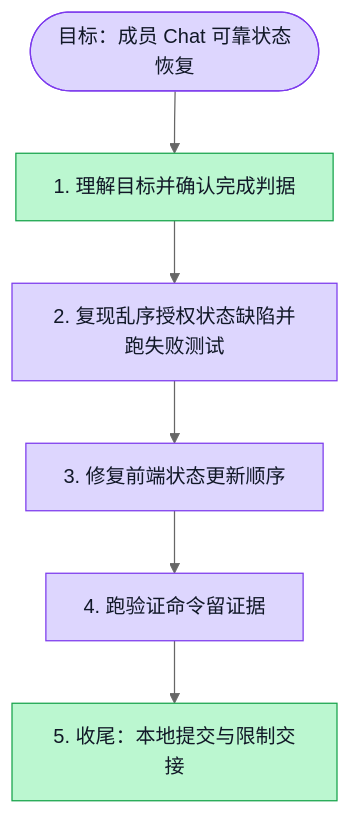
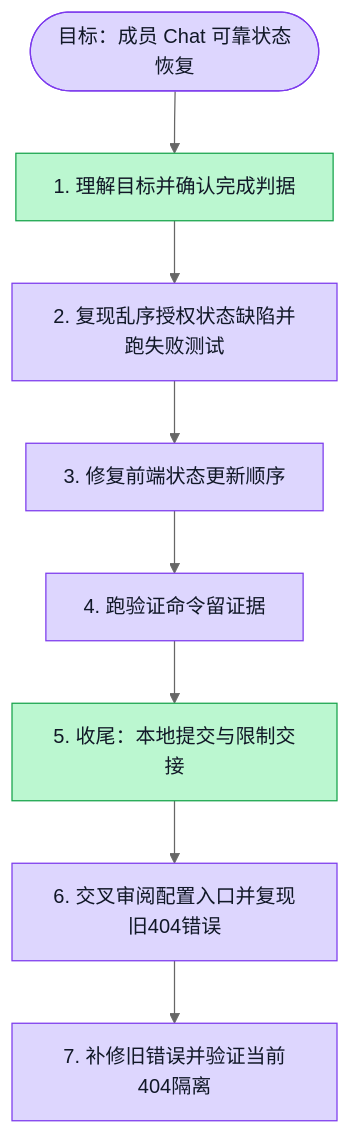
Before and after one commit to boardx/workspacex: the diagram in docs/evidence/aidt-native/completion-20261116/a4/execution.plan.md, drawn with Mermaid (neutral theme). The commit also changed 5 other files, not shown here.

````diff
--- a/docs/evidence/aidt-native/completion-20261116/a4/execution.plan.md
+++ b/docs/evidence/aidt-native/completion-20261116/a4/execution.plan.md
@@ -17,28 +17,35 @@
 ```mermaid
 flowchart TD
   G([目标：成员 Chat 可靠状态恢复])
   S1[1. 理解目标并确认完成判据]
   S2[2. 复现乱序授权状态缺陷并跑失败测试]
   S3[3. 修复前端状态更新顺序]
   S4[4. 跑验证命令留证据]
   S5[5. 收尾：本地提交与限制交接]
+  S6[6. 交叉审阅配置入口并复现旧404错误]
+  S7[7. 补修旧错误并验证当前404隔离]
 
   G --> S1 --> S2 --> S3 --> S4 --> S5
+  S5 --> S6 --> S7
 
   classDef todo fill:#e5e7eb,stroke:#6b7280,color:#111827
   classDef doing fill:#fde68a,stroke:#d97706,color:#111827
   classDef done fill:#bbf7d0,stroke:#16a34a,color:#111827
   classDef tested fill:#ddd6fe,stroke:#7c3aed,color:#111827
   classDef blocked fill:#fecaca,stroke:#dc2626,color:#111827
 
   class G tested
   %% evidence G: before.log与after.log证实先失败后修复；55条定向测试通过；README记录真实验收边界
   class S1 done
   class S2 tested
   %% evidence S2: before.log: 4个新反例失败/21个既有测试通过，after-controller.log:25通过
   class S3 tested
   %% evidence S3: after.log:55/55通过，lint.log:eslint退出0，无UI或契约变更
   class S4 tested
   %% evidence S4: after.log:5文件55测试通过；eslint与git diff --check退出0
   class S5 done
+  class S6 tested
+  %% evidence S6: stale-error-before.log:两反例失败；README记录A1无密钥独立接线检查4项通过
+  class S7 tested
+  %% evidence S7: stale-error-after.log:59/59；含当前404隐藏缓存和禁止发送的反向验证
 ```
````
